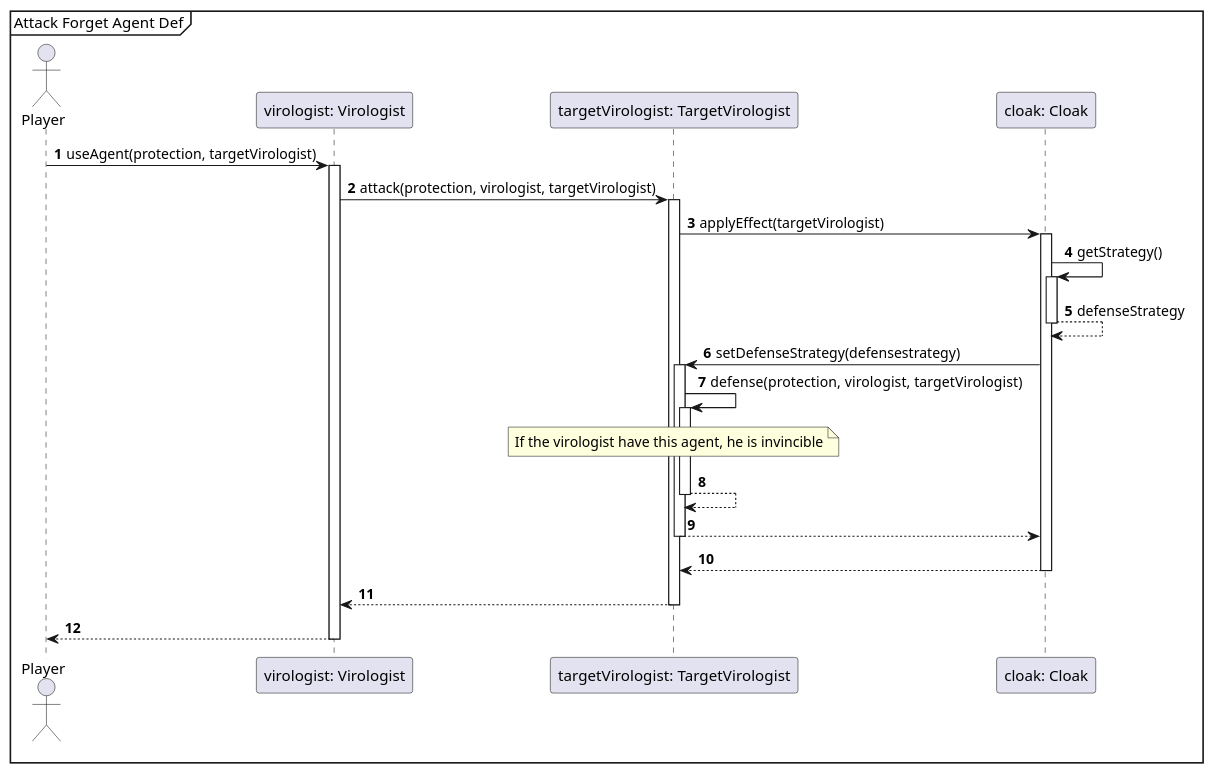
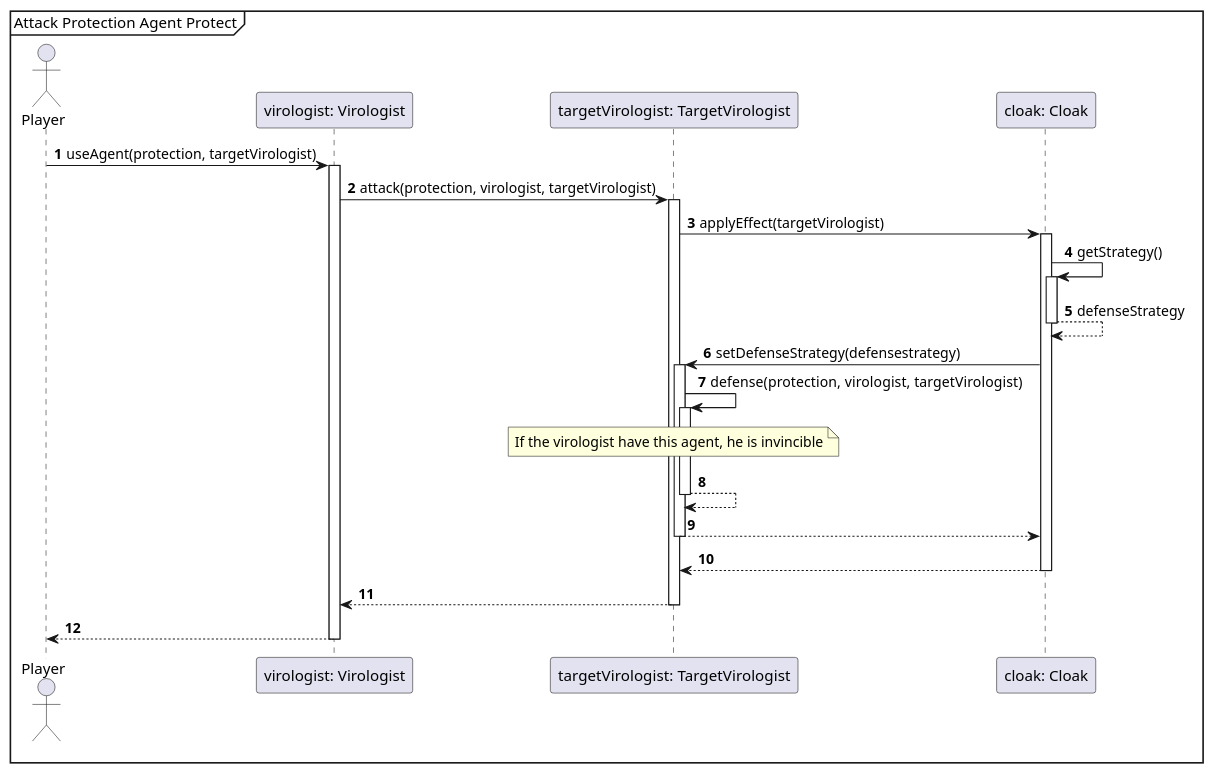
The diagram in Exact Sequence-diagrams/AttackProtectionAgentPROTECT.puml (Projlab-csb/projlab-virologus), drawn with PlantUML before and after one commit. The commit also changed 16 other files, not shown here.

```diff
--- a/Exact Sequence-diagrams/AttackProtectionAgentPROTECT.puml
+++ b/Exact Sequence-diagrams/AttackProtectionAgentPROTECT.puml
@@ -1,37 +1,37 @@
 @startuml
 'https://plantuml.com/sequence-diagram
 
 autonumber
 
-mainframe Attack Forget Agent Def
+mainframe Attack Protection Agent Protect
 
 actor Player
 
 Player -> "virologist: Virologist"++: useAgent(protection, targetVirologist)
  "virologist: Virologist" -> "targetVirologist: TargetVirologist"++: attack(protection, virologist, targetVirologist)
 
  "targetVirologist: TargetVirologist" -> "cloak: Cloak" ++ : applyEffect(targetVirologist)
 
  "cloak: Cloak"  -> "cloak: Cloak" ++ : getStrategy()
  "cloak: Cloak"  --> "cloak: Cloak" -- : defenseStrategy
 
  "cloak: Cloak"  -> "targetVirologist: TargetVirologist"++: setDefenseStrategy(defensestrategy)
 
 
 "targetVirologist: TargetVirologist" -> "targetVirologist: TargetVirologist"++: defense(protection, virologist,  targetVirologist)
 
 
 note over "targetVirologist: TargetVirologist"
     If the virologist have this agent, he is invincible
 end note
 
 "targetVirologist: TargetVirologist" --> "targetVirologist: TargetVirologist" --
 
 "targetVirologist: TargetVirologist" --> "cloak: Cloak" --
 "cloak: Cloak" --> "targetVirologist: TargetVirologist" --
 
 
 "targetVirologist: TargetVirologist" -->  "virologist: Virologist" --
 
  "virologist: Virologist" --> Player --
 @enduml
```
